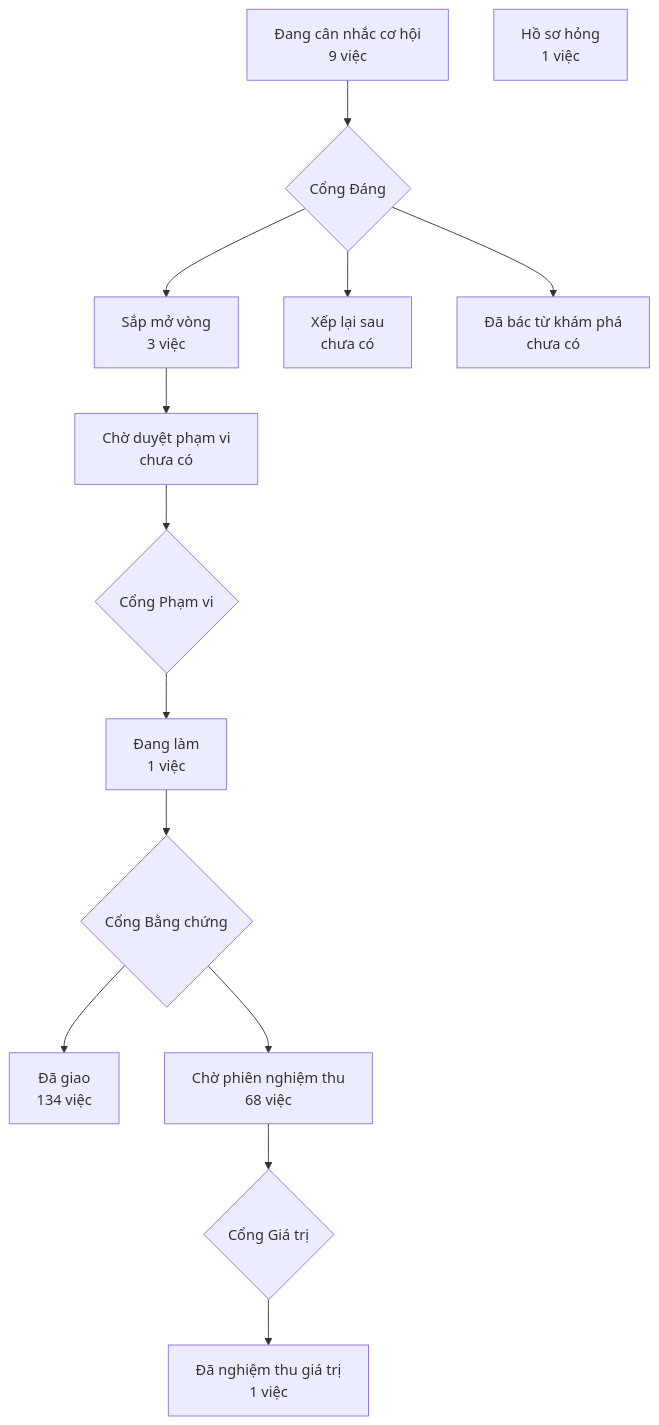
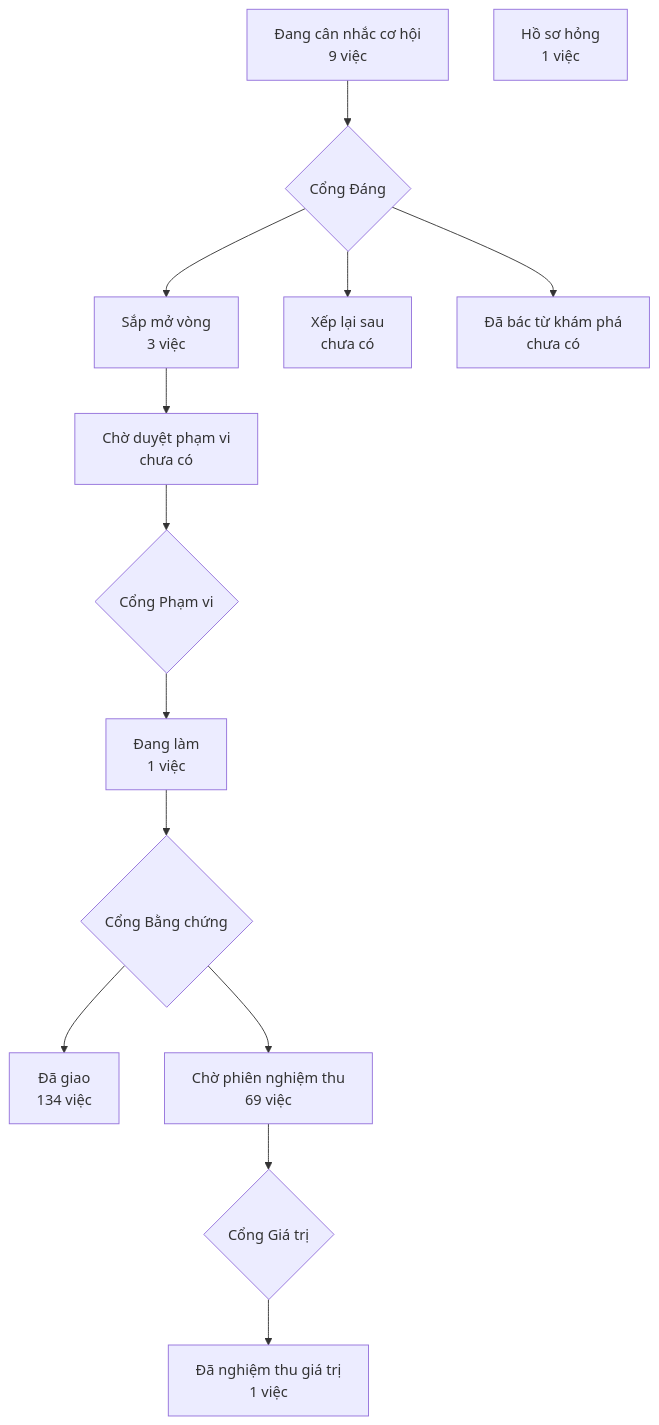
Before and after one commit to phanlemanh/crm-onehub: the diagram in PRODUCT-MAP.md, drawn with Mermaid. The commit also changed 1 other file, not shown here.

Commit message:
chore: vẽ lại bản đồ sản phẩm từ bản sạch sau gộp onehub 5a36e199

````diff
--- a/PRODUCT-MAP.md
+++ b/PRODUCT-MAP.md
@@ -7,13 +7,13 @@
 ```mermaid
 flowchart TD
   A["Đang cân nhắc cơ hội<br/>9 việc"] --> GD{"Cổng Đáng"}
   GD --> B["Sắp mở vòng<br/>3 việc"]
   GD --> XL["Xếp lại sau<br/>chưa có"]
   GD --> DB["Đã bác từ khám phá<br/>chưa có"]
   B --> CD["Chờ duyệt phạm vi<br/>chưa có"] --> GP{"Cổng Phạm vi"}
   GP --> DL["Đang làm<br/>1 việc"] --> GB{"Cổng Bằng chứng"}
   GB --> DG["Đã giao<br/>134 việc"]
-  GB --> CN["Chờ phiên nghiệm thu<br/>68 việc"] --> GG{"Cổng Giá trị"}
+  GB --> CN["Chờ phiên nghiệm thu<br/>69 việc"] --> GG{"Cổng Giá trị"}
   GG --> NT["Đã nghiệm thu giá trị<br/>1 việc"]
   HS["Hồ sơ hỏng<br/>1 việc"]
 ```
````
